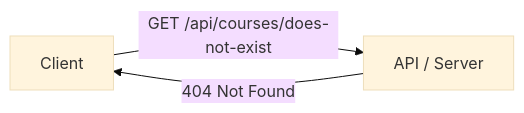
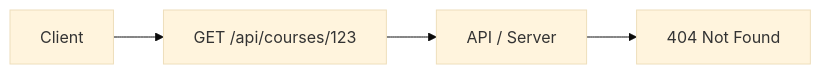
The fifth of 5 diagrams in module-0-1/README.md (reltronersk/skill-wanderer-progress-documentation), drawn with Mermaid (base theme) before and after one commit. The commit also changed other lines of this file, not shown here.

````diff
--- a/module-0-1/README.md
+++ b/module-0-1/README.md
@@ -385,5 +198,9 @@
-``` mermaid
+```mermaid
 flowchart LR
-    A["Client"] -->|"GET /api/courses/does-not-exist"| B["API / Server"]
-    B -->|"404 Not Found"| A
+    A["Client"]
+    B["GET /api/courses/123"]
+    C["API / Server"]
+    D["404 Not Found"]
+
+    A --> B --> C --> D
 ```
````
